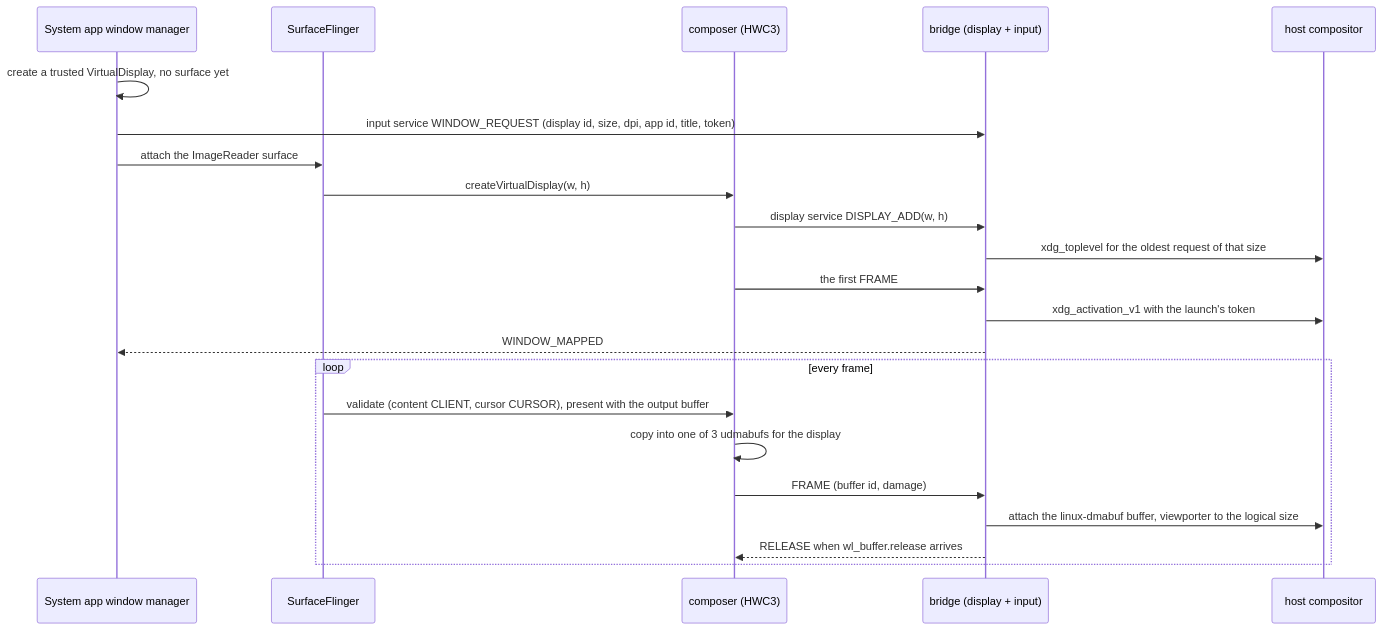
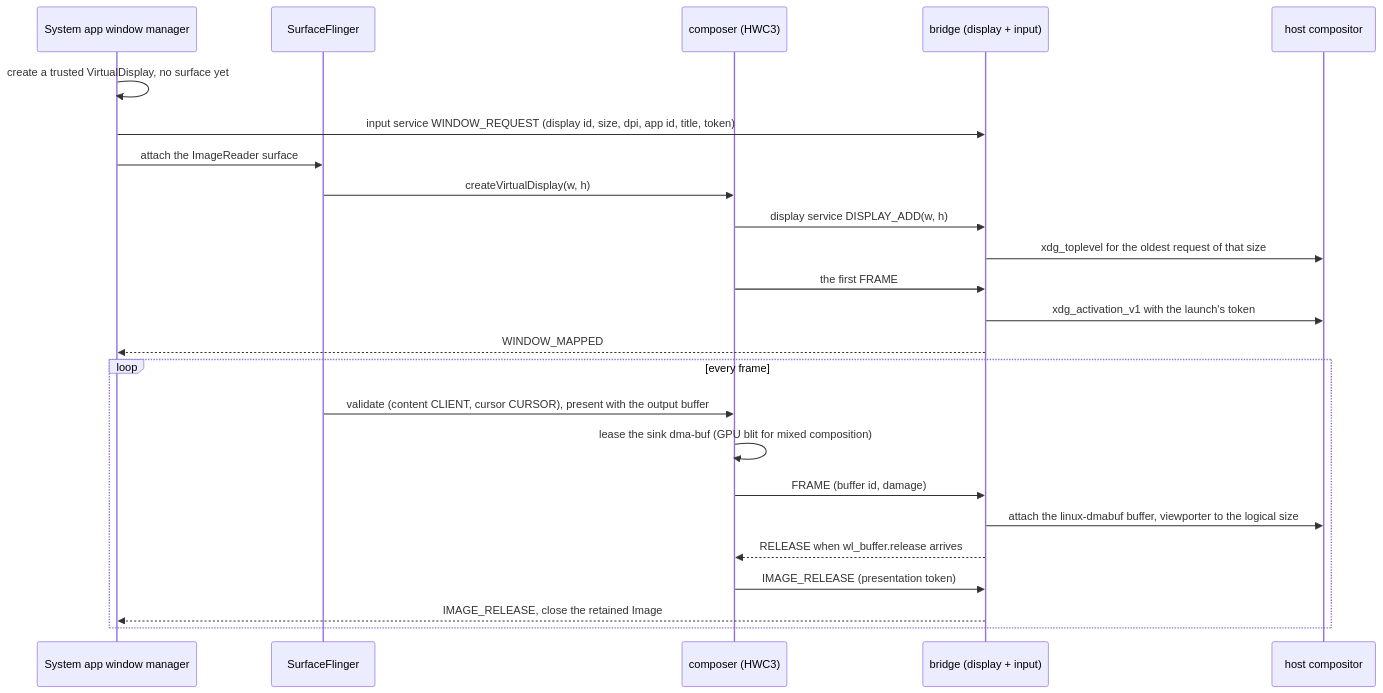
The first of 2 diagrams in docs/display.md (sargunv/innkeeper), drawn with Mermaid before and after one commit. The commit also changed other lines of this file and 33 other files, not shown here.

Commit message:
display: retain sink dma-bufs through host presentation

````diff
--- a/docs/display.md
+++ b/docs/display.md
@@ -12,24 +12,26 @@
 ```mermaid
 sequenceDiagram
   participant WM as System app window manager
   participant SF as SurfaceFlinger
   participant HWC as composer (HWC3)
   participant BR as bridge (display + input)
   participant WL as host compositor
   WM->>WM: create a trusted VirtualDisplay, no surface yet
   WM->>BR: input service WINDOW_REQUEST (display id, size, dpi, app id, title, token)
   WM->>SF: attach the ImageReader surface
   SF->>HWC: createVirtualDisplay(w, h)
   HWC->>BR: display service DISPLAY_ADD(w, h)
   BR->>WL: xdg_toplevel for the oldest request of that size
   HWC->>BR: the first FRAME
   BR->>WL: xdg_activation_v1 with the launch's token
   BR-->>WM: WINDOW_MAPPED
   loop every frame
     SF->>HWC: validate (content CLIENT, cursor CURSOR), present with the output buffer
-    HWC->>HWC: copy into one of 3 udmabufs for the display
+    HWC->>HWC: lease the sink dma-buf (GPU blit for mixed composition)
     HWC->>BR: FRAME (buffer id, damage)
     BR->>WL: attach the linux-dmabuf buffer, viewporter to the logical size
     BR-->>HWC: RELEASE when wl_buffer.release arrives
+    HWC->>BR: IMAGE_RELEASE (presentation token)
+    BR-->>WM: IMAGE_RELEASE, close the retained Image
   end
 ```
````
